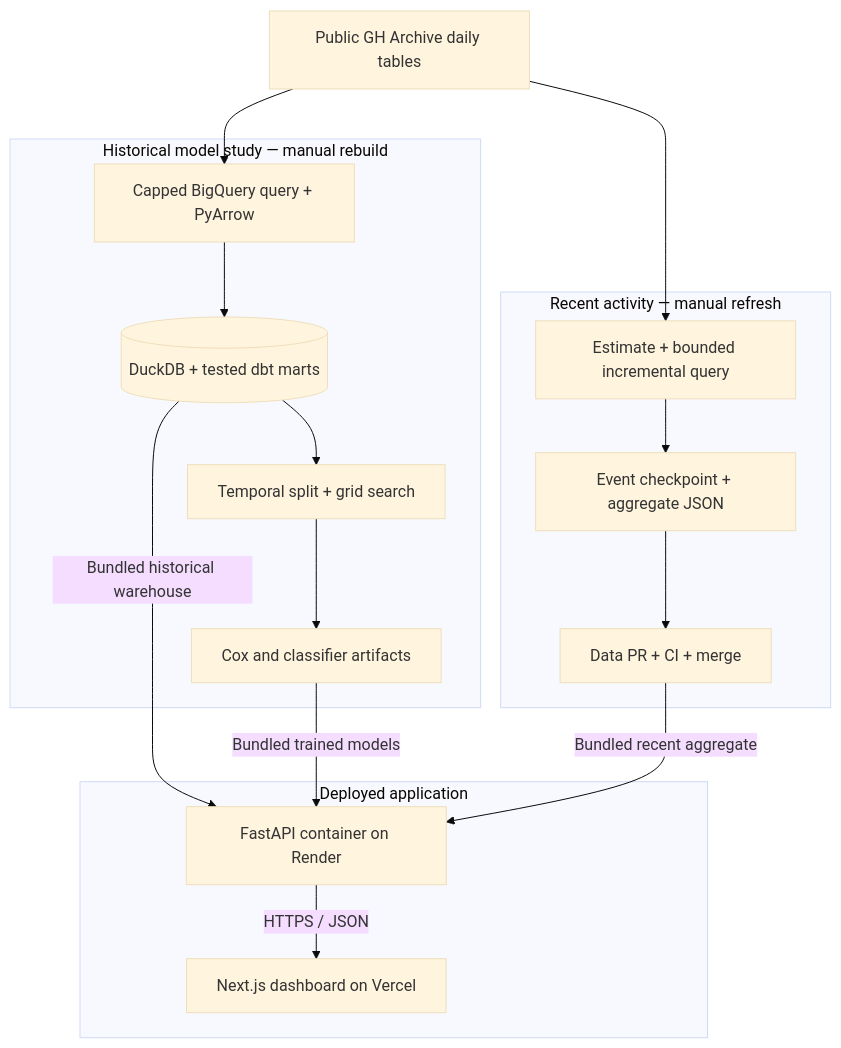
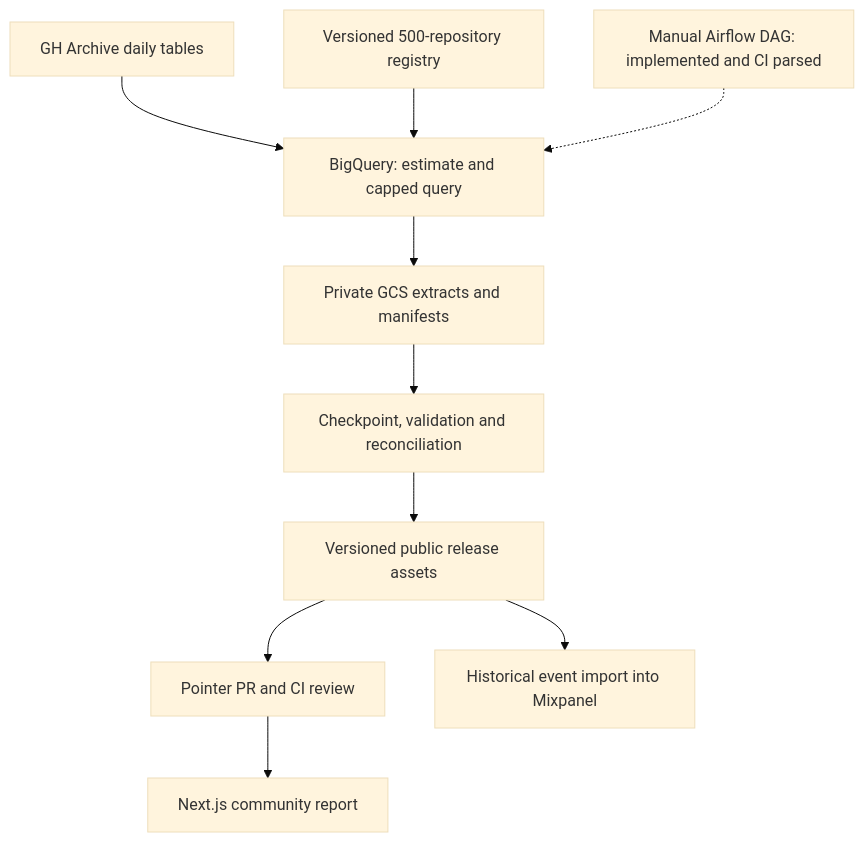
One commit to yash-rai-93/argo-data-platform changed the first of 2 diagrams in README.md. Above: the diagram before and after it, drawn with Mermaid (base theme). The commit also changed other lines of this file and 5 other files, not shown here.

Commit message:
docs: present data engineering platform and Mixpanel analysis

````diff
--- a/README.md
+++ b/README.md
@@ -50,31 +36,12 @@
 ```mermaid
 flowchart TD
-    GH["Public GH Archive daily tables"]
-
-    subgraph STUDY["Historical model study — manual rebuild"]
-        EX["Capped BigQuery query + PyArrow"]
-        DB[("DuckDB + tested dbt marts")]
-        TRAIN["Temporal split + grid search"]
-        MODELS["Cox and classifier artifacts"]
-        EX --> DB --> TRAIN --> MODELS
-    end
-
-    subgraph RECENT["Recent activity — manual refresh"]
-        INC["Estimate + bounded incremental query"]
-        STATE["Event checkpoint + aggregate JSON"]
-        REVIEW["Data PR + CI + merge"]
-        INC --> STATE --> REVIEW
-    end
-
-    subgraph PRODUCT["Deployed application"]
-        API["FastAPI container on Render"]
-        UI["Next.js dashboard on Vercel"]
-        API -->|"HTTPS / JSON"| UI
-    end
-
-    GH --> EX
-    GH --> INC
-    DB -->|"Bundled historical warehouse"| API
-    MODELS -->|"Bundled trained models"| API
-    REVIEW -->|"Bundled recent aggregate"| API
+    GH["GH Archive daily tables"] --> BQ["BigQuery: estimate and capped query"]
+    REG["Versioned 500-repository registry"] --> BQ
+    BQ --> GCS["Private GCS extracts and manifests"]
+    GCS --> CHECK["Checkpoint, validation and reconciliation"]
+    CHECK --> REL["Versioned public release assets"]
+    REL --> PR["Pointer PR and CI review"]
+    PR --> UI["Next.js community report"]
+    REL --> MX["Historical event import into Mixpanel"]
+    AF["Manual Airflow DAG: implemented and CI parsed"] -.-> BQ
 ```
````
